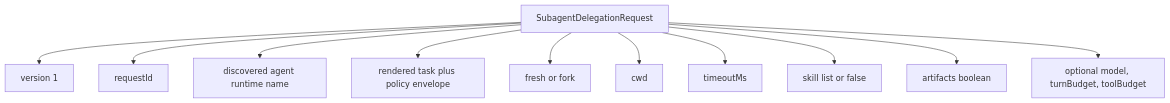
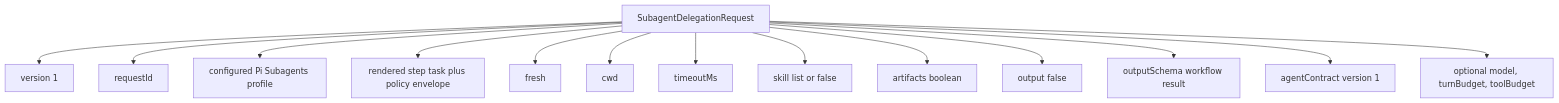
One commit to wichayutdew/pi-workflows changed the second of 6 diagrams in openwiki/integrations/subagents.md. Above: the diagram before and after it, drawn with Mermaid. The commit also changed other lines of this file and 57 other files, not shown here.

````diff
--- a/openwiki/integrations/subagents.md
+++ b/openwiki/integrations/subagents.md
@@ -33,13 +37,16 @@
 ```mermaid
 flowchart TD
   Request[SubagentDelegationRequest] --> Version[version 1]
   Request --> Id[requestId]
-  Request --> Agent[discovered agent runtime name]
-  Request --> Task[rendered task plus policy envelope]
-  Request --> Context[fresh or fork]
+  Request --> Agent[configured Pi Subagents profile]
+  Request --> Task[rendered step task plus policy envelope]
+  Request --> Context[fresh]
   Request --> Cwd[cwd]
   Request --> Timeout[timeoutMs]
   Request --> Skills[skill list or false]
   Request --> Artifacts[artifacts boolean]
+  Request --> Output[output false]
+  Request --> Schema[outputSchema workflow result]
+  Request --> Contract[agentContract version 1]
   Request --> Optional[optional model, turnBudget, toolBudget]
 ```
````
